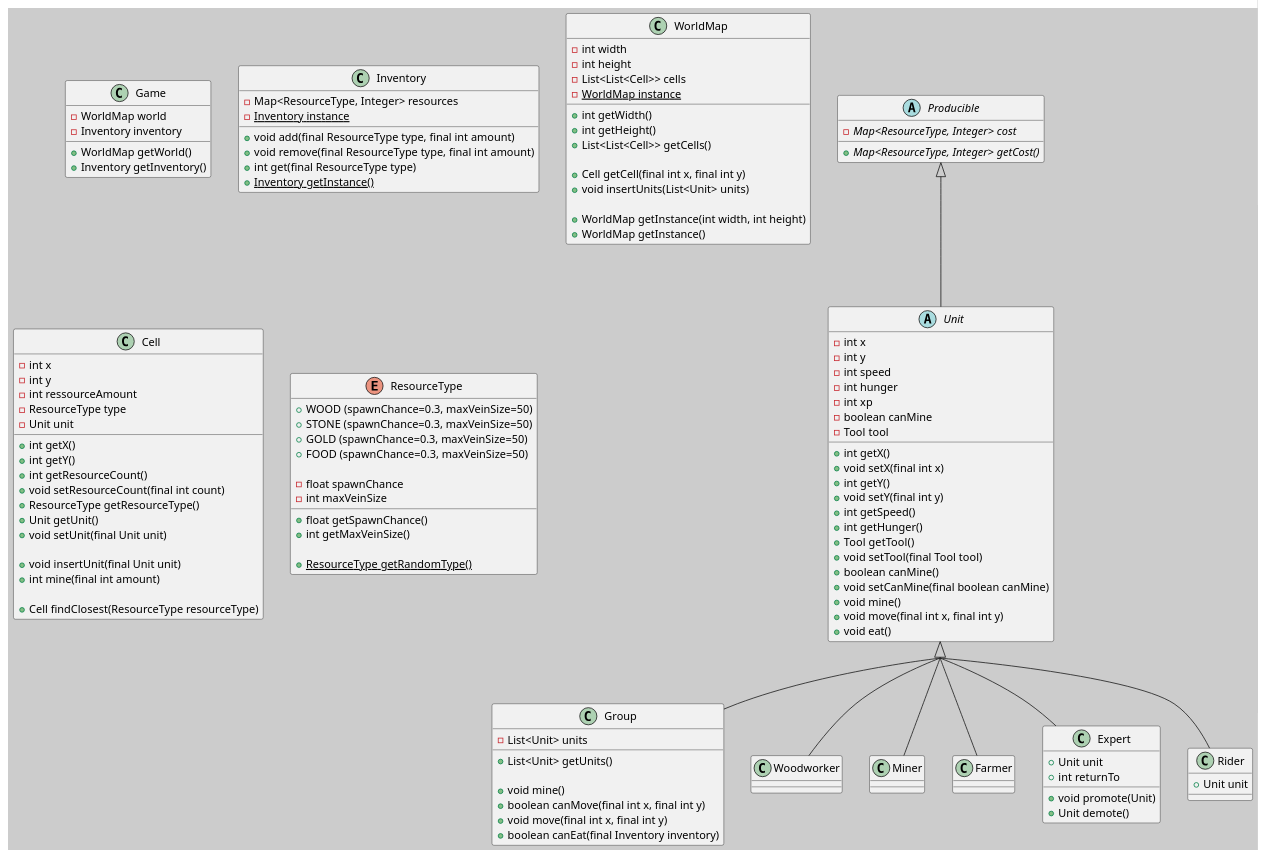
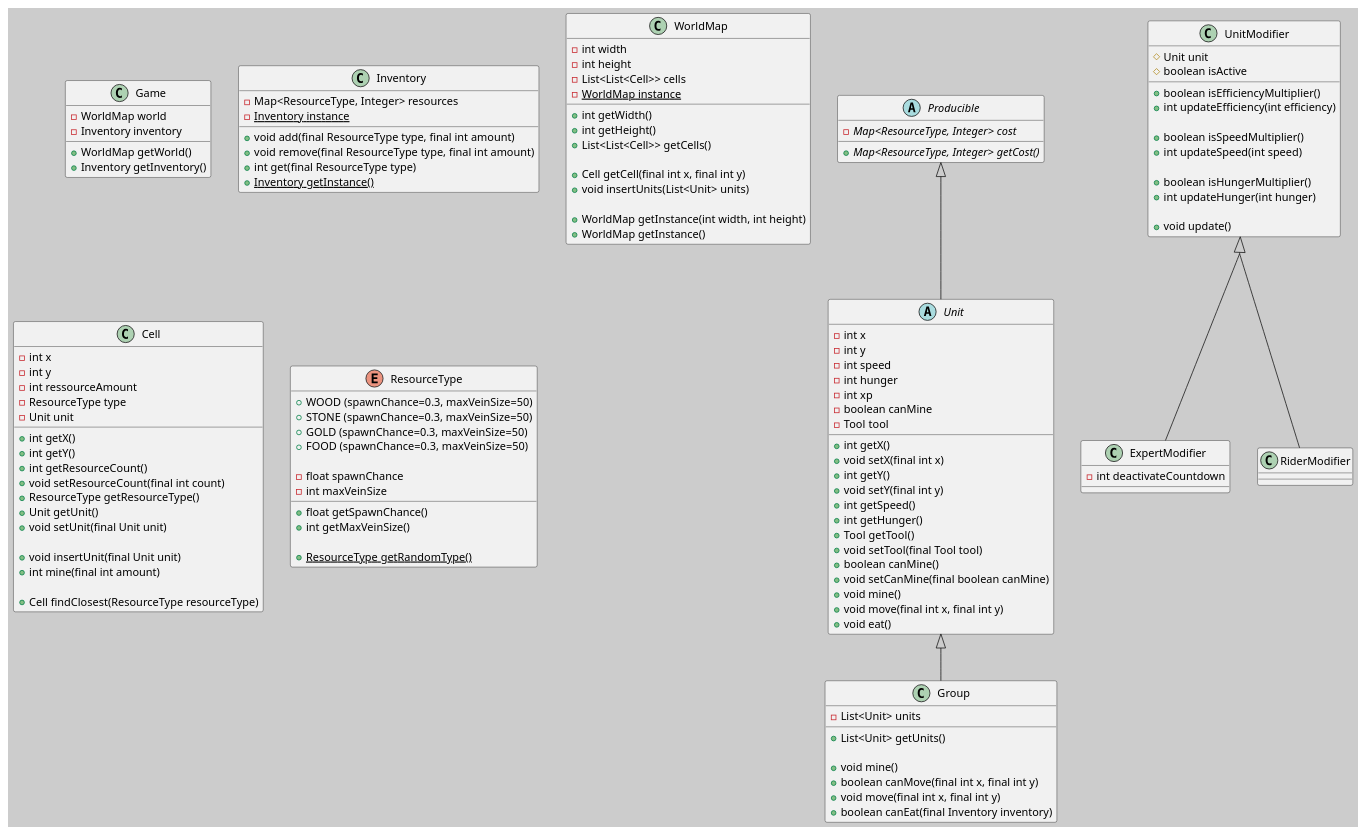
One commit to 17maiga/strategy_game_dp changed the diagram in doc/class.puml. Above: the diagram before and after it, drawn with PlantUML.

Commit message:
Unit modifiers

```diff
--- a/doc/class.puml
+++ b/doc/class.puml
@@ -1,134 +1,141 @@
 @startuml
 skinparam groupInheritance 2
 skinparam backgroundColor #CCCCCC
 
 class Game {
   -WorldMap world
   -Inventory inventory
 
   +WorldMap getWorld()
   +Inventory getInventory()
 }
 
 class Inventory {
   -Map<ResourceType, Integer> resources
   {static} -Inventory instance
 
   +void add(final ResourceType type, final int amount)
   +void remove(final ResourceType type, final int amount)
   +int get(final ResourceType type)
   {static} +Inventory getInstance()
 }
 
 class WorldMap {
   -int width
   -int height
   -List<List<Cell>> cells
   {static} -WorldMap instance
 
 
   +int getWidth()
   +int getHeight()
   +List<List<Cell>> getCells()
 
   +Cell getCell(final int x, final int y)
   +void insertUnits(List<Unit> units)
 
   +WorldMap getInstance(int width, int height)
   +WorldMap getInstance()
 }
 
 class Cell {
   -int x
   -int y
   -int ressourceAmount
   -ResourceType type
   -Unit unit
 
   +int getX()
   +int getY()
   +int getResourceCount()
   +void setResourceCount(final int count)
   +ResourceType getResourceType()
   +Unit getUnit()
   +void setUnit(final Unit unit)
 
   +void insertUnit(final Unit unit)
   +int mine(final int amount)
 
   +Cell findClosest(ResourceType resourceType)
 }
 
 enum ResourceType {
   {field} +WOOD (spawnChance=0.3, maxVeinSize=50)
   {field} +STONE (spawnChance=0.3, maxVeinSize=50)
   {field} +GOLD (spawnChance=0.3, maxVeinSize=50)
   {field} +FOOD (spawnChance=0.3, maxVeinSize=50)
 
   -float spawnChance
   -int maxVeinSize
 
   +float getSpawnChance()
   +int getMaxVeinSize()
 
   {static} +ResourceType getRandomType()
 }
 
 abstract class Producible {
   {abstract} -Map<ResourceType, Integer> cost
 
   {abstract} +Map<ResourceType, Integer> getCost()
 }
 
 abstract class Unit extends Producible {
   -int x
   -int y
   -int speed
   -int hunger
   -int xp
   -boolean canMine
   -Tool tool
 
   +int getX()
   +void setX(final int x)
   +int getY()
   +void setY(final int y)
   +int getSpeed()
   +int getHunger()
   +Tool getTool()
   +void setTool(final Tool tool)
   +boolean canMine()
   +void setCanMine(final boolean canMine)
   +void mine()
   +void move(final int x, final int y)
   +void eat()
 }
 
 class Group extends Unit {
   -List<Unit> units
 
   +List<Unit> getUnits()
 
   +void mine()
   +boolean canMove(final int x, final int y)
   +void move(final int x, final int y)
   +boolean canEat(final Inventory inventory)
 }
 
-class Woodworker extends Unit {}
-class Miner extends Unit {}
-class Farmer extends Unit {}
+class UnitModifier {
+  #Unit unit
+  #boolean isActive
 
-class Expert extends Unit {
-  +Unit unit
-  +int returnTo
+  +boolean isEfficiencyMultiplier()
+  +int updateEfficiency(int efficiency)
 
-  +void promote(Unit)
-  +Unit demote()
+  +boolean isSpeedMultiplier()
+  +int updateSpeed(int speed)
+
+  +boolean isHungerMultiplier()
+  +int updateHunger(int hunger)
+
+  +void update()
 }
 
-class Rider extends Unit {
-  +Unit unit
+class ExpertModifier extends UnitModifier {
+  -int deactivateCountdown
+}
+
+class RiderModifier extends UnitModifier {
 }
 
 @enduml
```
